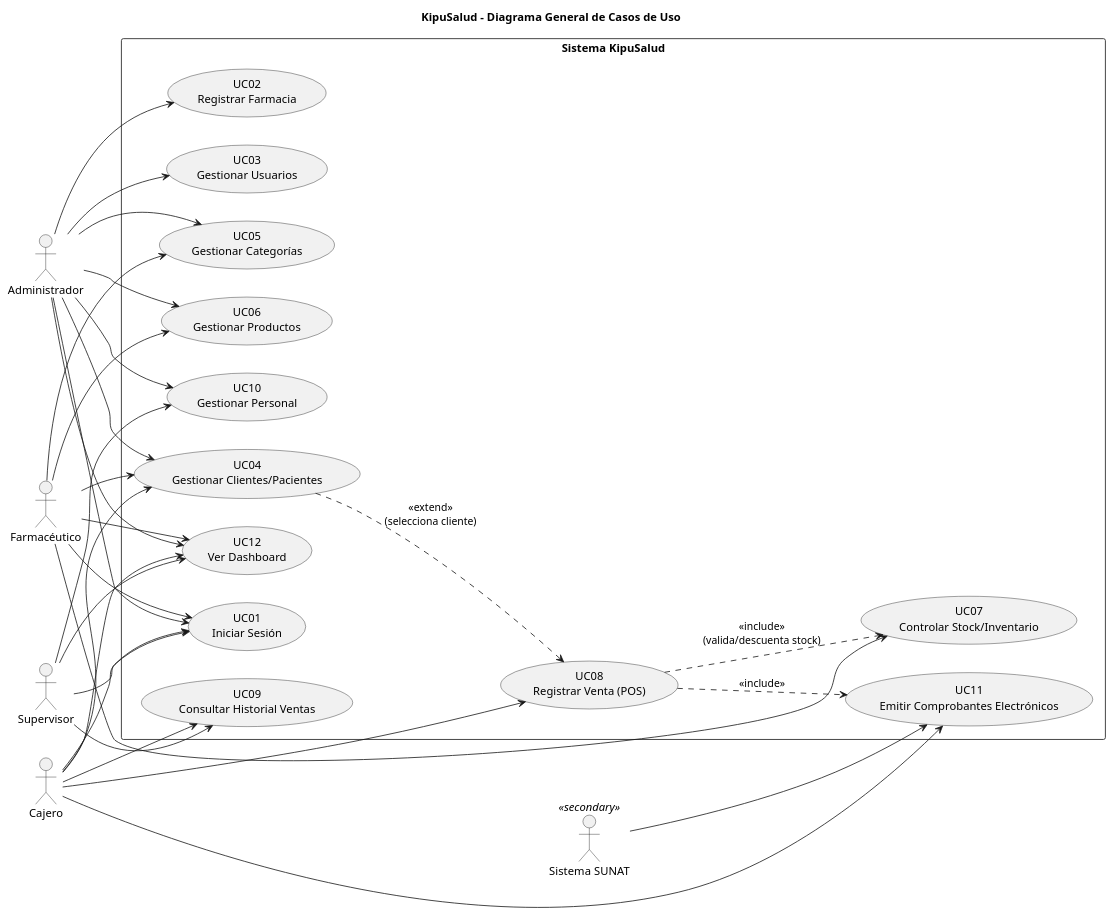
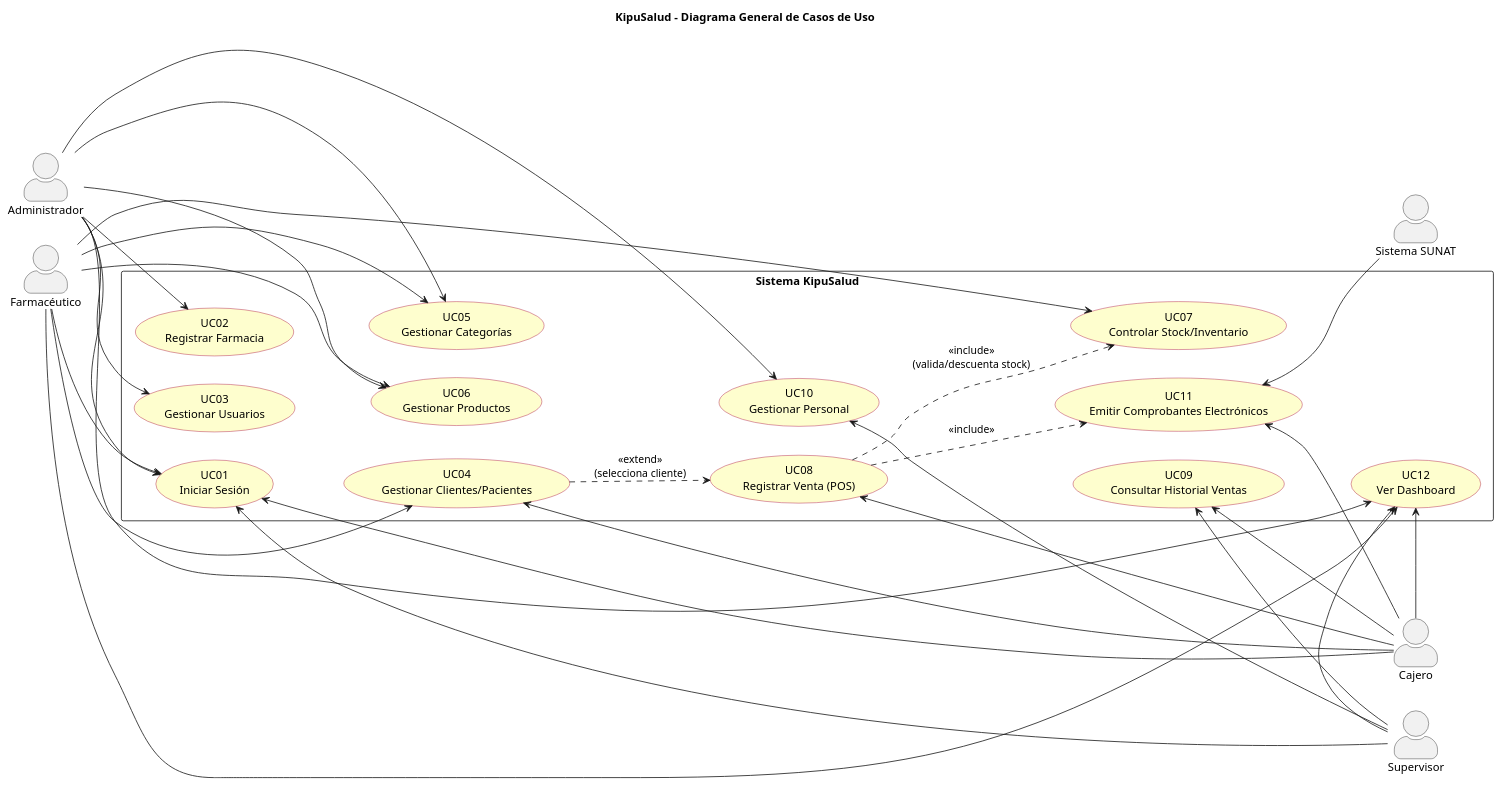
Before and after one commit to elMarce2007/Kipusalud: the first of 8 diagrams in docs/entregables-uml-kipusalud.md, drawn with PlantUML. The commit also changed other lines of this file and 14 other files, not shown here.

````diff
--- a/docs/entregables-uml-kipusalud.md
+++ b/docs/entregables-uml-kipusalud.md
@@ -29,13 +38,23 @@
 @startuml
 left to right direction
 skinparam packageStyle rectangle
+skinparam actorStyle awesome
+skinparam usecase {
+  BackgroundColor #FEFECE
+  BorderColor #A80036
+}
 title KipuSalud - Diagrama General de Casos de Uso
 
-actor "Administrador" as Admin
-actor "Farmacéutico" as Farm
-actor "Cajero" as Caj
-actor "Supervisor" as Sup
-actor "Sistema SUNAT" as SUNAT <<secondary>>
+' ===== ACTORES EN DISTINTAS POSICIONES =====
+together {
+  actor "Administrador" as Admin
+  actor "Farmacéutico" as Farm
+}
+together {
+  actor "Cajero" as Caj
+  actor "Supervisor" as Sup
+}
+actor "Sistema SUNAT" as SUNAT
 
 rectangle "Sistema KipuSalud" {
   usecase "UC01\nIniciar Sesión" as UC01
@@ -52,38 +71,54 @@
   usecase "UC12\nVer Dashboard" as UC12
 }
 
+' --- Administrador: lado IZQUIERDO (superior) ---
 Admin --> UC01
 Admin --> UC02
 Admin --> UC03
-Admin --> UC04
 Admin --> UC05
 Admin --> UC06
 Admin --> UC10
 Admin --> UC12
 
-Farm --> UC01
-Farm --> UC04
-Farm --> UC05
-Farm --> UC06
-Farm --> UC07
-Farm --> UC12
+' --- Farmacéutico: lado IZQUIERDO (inferior) ---
+Farm -right-> UC04
+Farm -right-> UC05
+Farm -right-> UC06
+Farm -right-> UC07
+Farm -right-> UC01
+Farm -right-> UC12
 
-Caj --> UC01
-Caj --> UC04
-Caj --> UC08
-Caj --> UC09
-Caj --> UC11
-Caj --> UC12
+' --- Cajero: lado DERECHO (superior) ---
+Caj -left-> UC01
+Caj -left-> UC04
+Caj -left-> UC08
+Caj -left-> UC09
+Caj -left-> UC11
+Caj -left-> UC12
 
-Sup --> UC01
-Sup --> UC09
-Sup --> UC10
-Sup --> UC12
+' --- Supervisor: lado DERECHO (inferior) ---
+Sup -left-> UC09
+Sup -left-> UC10
+Sup -left-> UC12
+Sup -left-> UC01
 
-SUNAT --> UC11
+' --- SUNAT: parte INFERIOR (actor externo/secundario) ---
+SUNAT -up-> UC11
 
+' --- Relaciones entre casos de uso ---
 UC08 ..> UC11 : <<include>>
 UC08 ..> UC07 : <<include>>\n(valida/descuenta stock)
 UC04 ..> UC08 : <<extend>>\n(selecciona cliente)
+
+' Anclas de posición para el layout
+UC01 -[hidden]down- UC04
+UC04 -[hidden]down- UC07
+UC07 -[hidden]down- UC12
+UC02 -[hidden]down- UC05
+UC05 -[hidden]down- UC08
+UC08 -[hidden]down- UC09
+UC03 -[hidden]down- UC06
+UC06 -[hidden]down- UC10
+UC10 -[hidden]down- UC11
 @enduml
 ```
````
